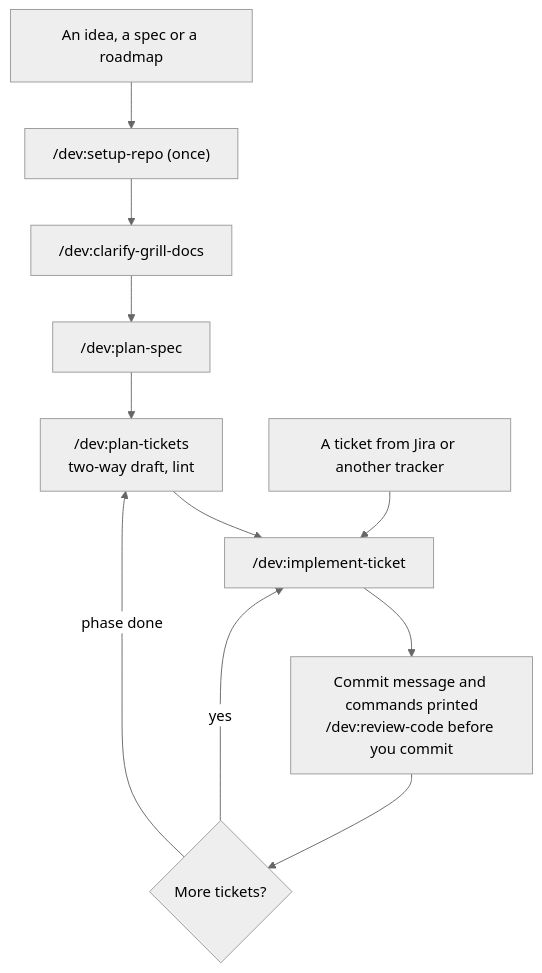
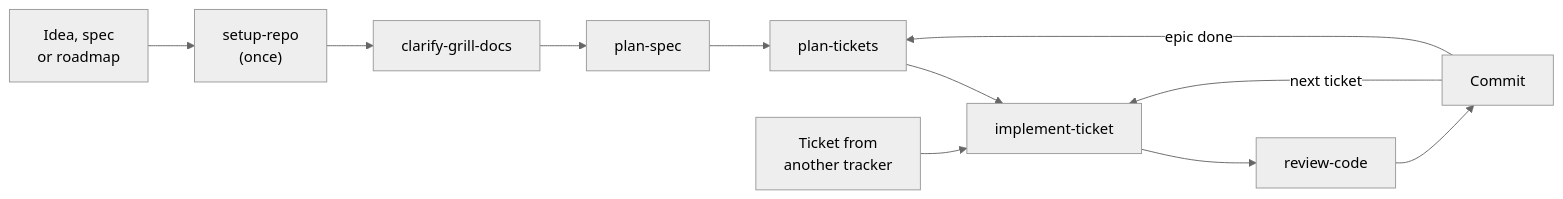
One commit to nhhthong/skills changed the diagram in README.md. Above: the diagram before and after it, drawn with Mermaid (neutral theme). The commit also changed other lines of this file and 2 other files, not shown here.

````diff
--- a/README.md
+++ b/README.md
@@ -50,13 +64,13 @@
 ```mermaid
-flowchart TD
-    A["An idea, a spec or a roadmap"] --> S["/dev:setup-repo (once)"]
-    S --> G["/dev:clarify-grill-docs"]
-    G --> P["/dev:plan-spec"]
-    P --> T["/dev:plan-tickets<br/>two-way draft, lint"]
-    T --> W["/dev:implement-ticket"]
-    J["A ticket from Jira or another tracker"] --> W
-    W --> D["Commit message and commands printed<br/>/dev:review-code before you commit"]
-    D --> N{"More tickets?"}
-    N -- yes --> W
-    N -- "phase done" --> T
+flowchart LR
+    A["Idea, spec<br/>or roadmap"] --> S["setup-repo<br/>(once)"]
+    S --> G["clarify-grill-docs"]
+    G --> P["plan-spec"]
+    P --> T["plan-tickets"]
+    T --> W["implement-ticket"]
+    J["Ticket from<br/>another tracker"] --> W
+    W --> R["review-code"]
+    R --> D["Commit"]
+    D -- "next ticket" --> W
+    D -- "epic done" --> T
 ```
````
